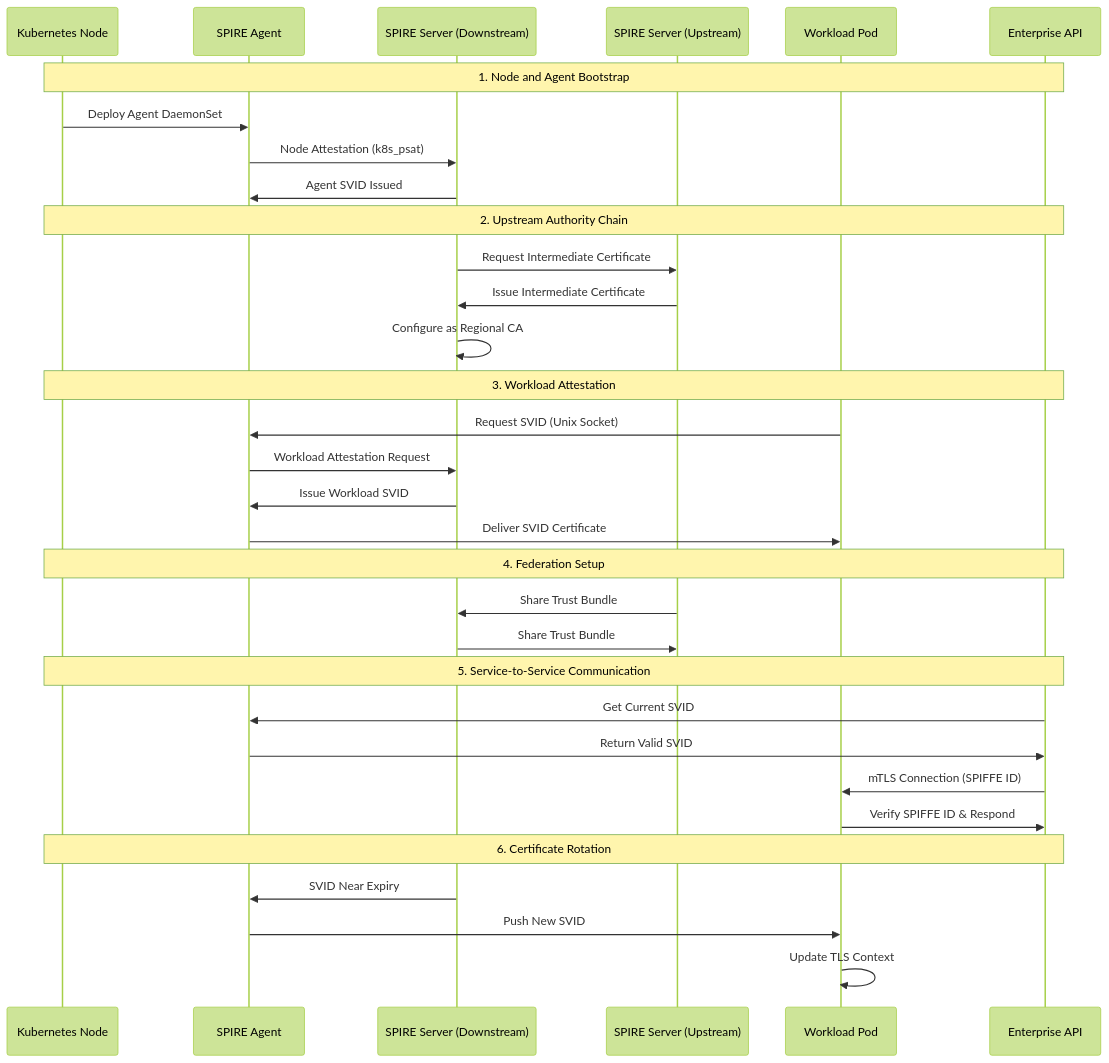
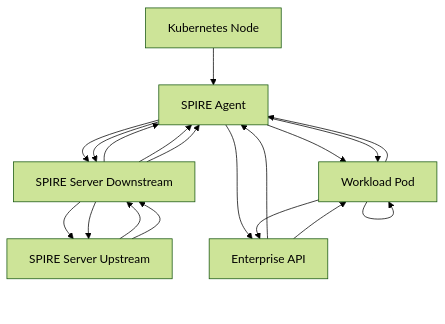
The second of 5 diagrams in docs/enterprise_architecture_diagram.md (jfiser247/spire-dev), drawn with Mermaid (forest theme) before and after one commit. The commit also changed other lines of this file and 5 other files, not shown here.

First line of the commit message:
Fix Mermaid v10.4.0 compatibility issues across all documentation

````diff
--- a/docs/enterprise_architecture_diagram.md
+++ b/docs/enterprise_architecture_diagram.md
@@ -142,40 +86,28 @@
 ```mermaid
-sequenceDiagram
-    participant K8s as Kubernetes Node
-    participant DA as SPIRE Agent
-    participant DS as SPIRE Server (Downstream)  
-    participant US as SPIRE Server (Upstream)
-    participant W as Workload Pod
-    participant API as Enterprise API
+graph TD
+    K8s[Kubernetes Node]
+    DA[SPIRE Agent]
+    DS[SPIRE Server Downstream]  
+    US[SPIRE Server Upstream]
+    W[Workload Pod]
+    API[Enterprise API]
     
-    Note over K8s,API: 1. Node and Agent Bootstrap
-    K8s->>DA: Deploy Agent DaemonSet
-    DA->>DS: Node Attestation (k8s_psat)
-    DS->>DA: Agent SVID Issued
-    
-    Note over K8s,API: 2. Upstream Authority Chain
-    DS->>US: Request Intermediate Certificate
-    US->>DS: Issue Intermediate Certificate
-    DS->>DS: Configure as Regional CA
-    
-    Note over K8s,API: 3. Workload Attestation
-    W->>DA: Request SVID (Unix Socket)
-    DA->>DS: Workload Attestation Request
-    DS->>DA: Issue Workload SVID
-    DA->>W: Deliver SVID Certificate
-    
-    Note over K8s,API: 4. Federation Setup
-    US->>DS: Share Trust Bundle
-    DS->>US: Share Trust Bundle
-    
-    Note over K8s,API: 5. Service-to-Service Communication
-    API->>DA: Get Current SVID
-    DA->>API: Return Valid SVID
-    API->>W: mTLS Connection (SPIFFE ID)
-    W->>API: Verify SPIFFE ID & Respond
-    
-    Note over K8s,API: 6. Certificate Rotation
-    DS->>DA: SVID Near Expiry
-    DA->>W: Push New SVID
-    W->>W: Update TLS Context
+    K8s --> DA
+    DA --> DS
+    DS --> DA
+    DS --> US
+    US --> DS
+    W --> DA
+    DA --> DS
+    DS --> DA
+    DA --> W
+    US --> DS
+    DS --> US
+    API --> DA
+    DA --> API
+    API --> W
+    W --> API
+    DS --> DA
+    DA --> W
+    W --> W
 ```
````
